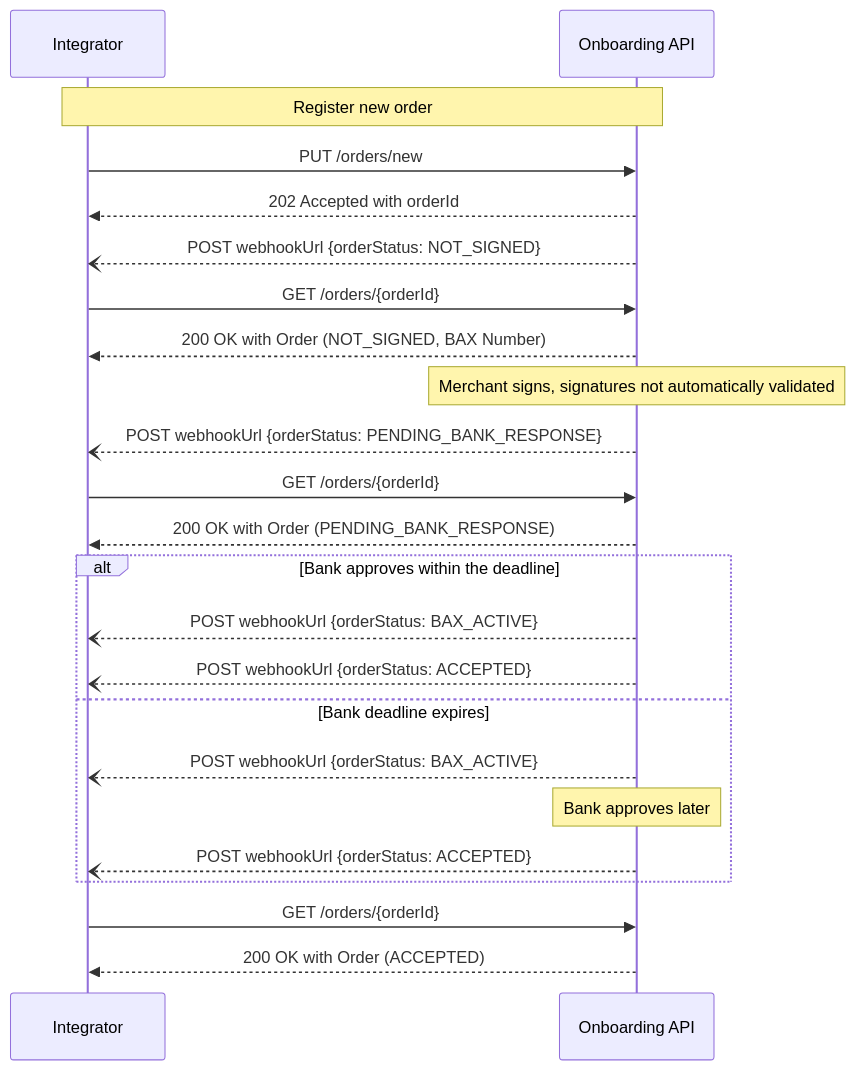
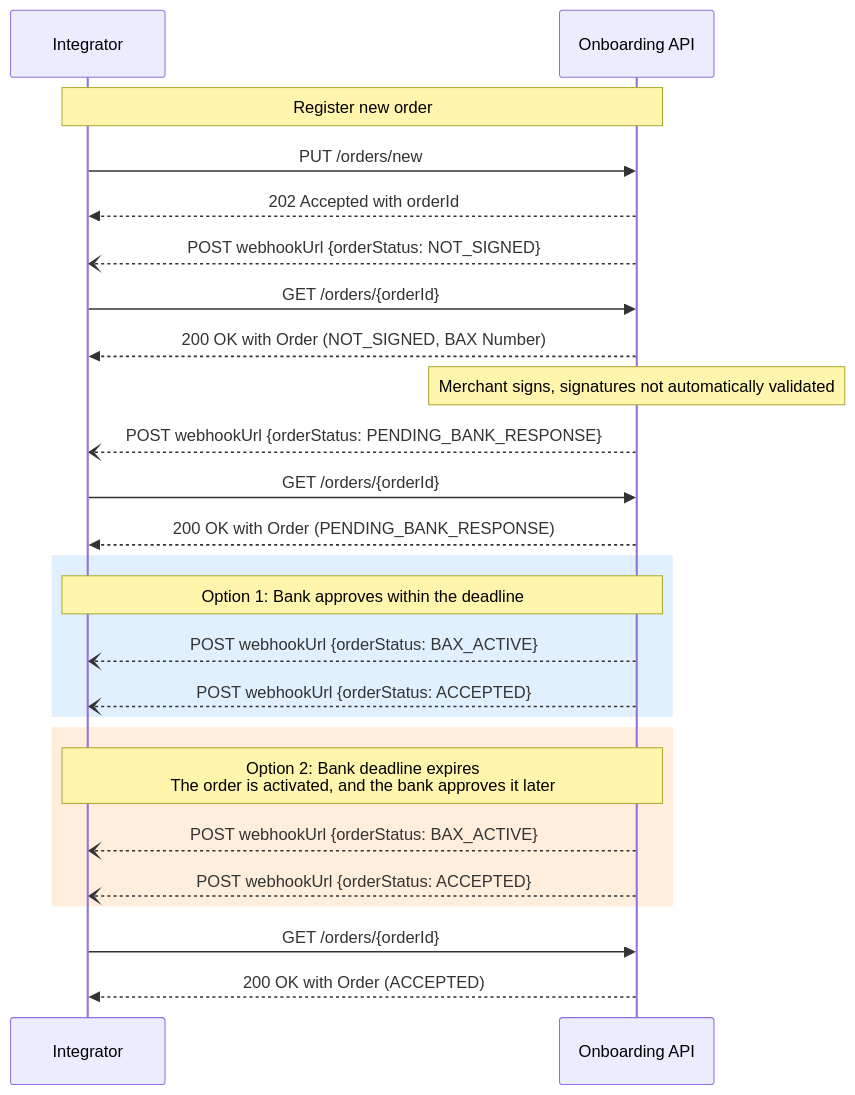
One commit to BankAxept/bankaxept-onboarding-external-documentation changed the third of 4 diagrams in docs/prod_flows.md. Above: the diagram before and after it, drawn with Mermaid. The commit also changed other lines of this file, not shown here.

````diff
--- a/docs/prod_flows.md
+++ b/docs/prod_flows.md
@@ -61,29 +61,31 @@
 ```mermaid
 sequenceDiagram
 participant I as Integrator
 participant O as Onboarding API
 
 note over I, O: Register new order
 I ->> O: PUT /orders/new
 O -->> I: 202 Accepted with orderId
 
 O --) I: POST webhookUrl {orderStatus: NOT_SIGNED}
 I ->> O : GET /orders/{orderId}
 O -->> I: 200 OK with Order (NOT_SIGNED, BAX Number)
 
 note over O: Merchant signs, signatures not automatically validated
 O --) I: POST webhookUrl {orderStatus: PENDING_BANK_RESPONSE}
 I ->> O : GET /orders/{orderId}
 O -->> I: 200 OK with Order (PENDING_BANK_RESPONSE)
 
-alt Bank approves within the deadline
-    O --) I: POST webhookUrl {orderStatus: BAX_ACTIVE}
-    O --) I: POST webhookUrl {orderStatus: ACCEPTED}
-else Bank deadline expires
-    O --) I: POST webhookUrl {orderStatus: BAX_ACTIVE}
-    note over O: Bank approves later
-    O --) I: POST webhookUrl {orderStatus: ACCEPTED}
+rect rgb(225, 240, 255)
+note over I, O: Option 1: Bank approves within the deadline
+O --) I: POST webhookUrl {orderStatus: BAX_ACTIVE}
+O --) I: POST webhookUrl {orderStatus: ACCEPTED}
+end
+rect rgb(255, 238, 220)
+note over I, O: Option 2: Bank deadline expires <br/> The order is activated, and the bank approves it later
+O --) I: POST webhookUrl {orderStatus: BAX_ACTIVE}
+O --) I: POST webhookUrl {orderStatus: ACCEPTED}
 end
 I ->> O : GET /orders/{orderId}
 O -->> I: 200 OK with Order (ACCEPTED)
 ```
````
